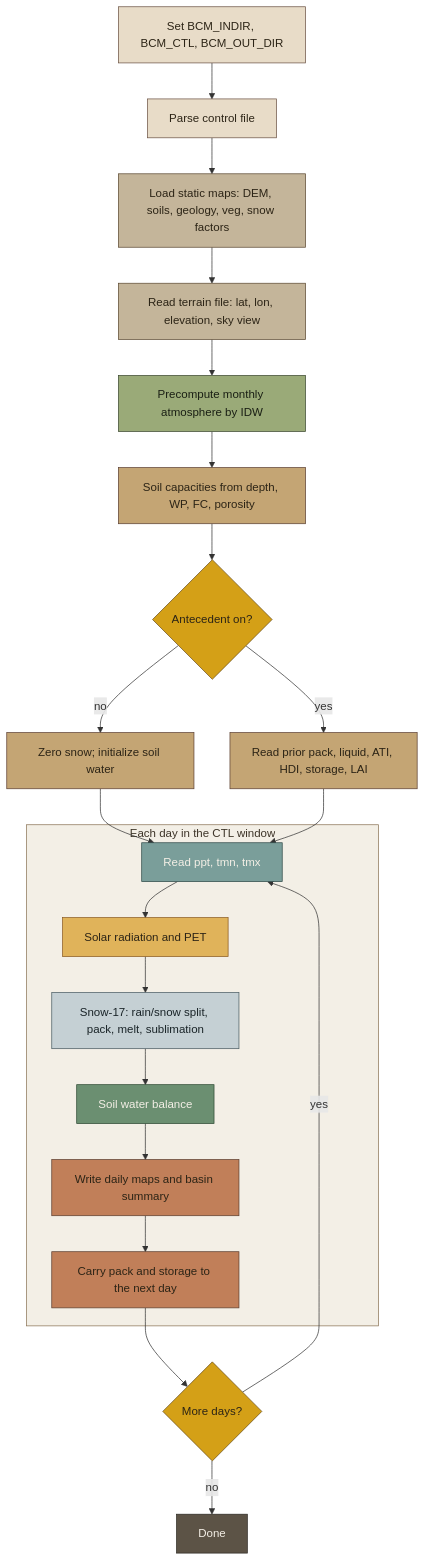
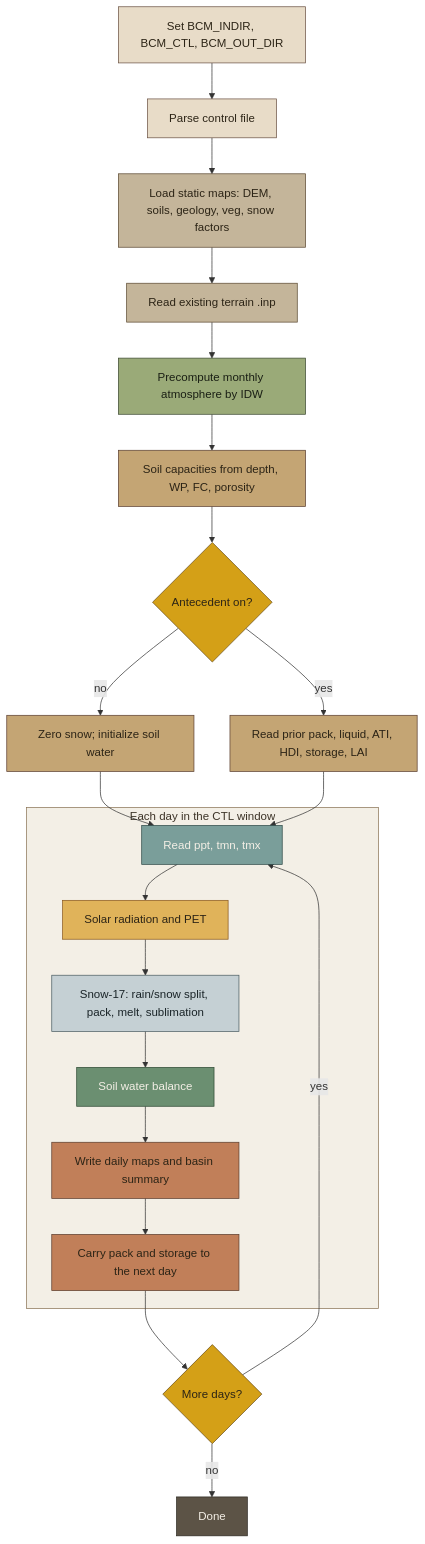
One commit to ajoros/bcm-py-daily changed the diagram in README.md. Above: the diagram before and after it, drawn with Mermaid. The commit also changed other lines of this file, not shown here.

Commit message:
Clarify that the terrain .inp is an input, not built by this port.

````diff
--- a/README.md
+++ b/README.md
@@ -73,50 +73,50 @@
 ```mermaid
 flowchart TD
   start[Set BCM_INDIR, BCM_CTL, BCM_OUT_DIR] --> ctl[Parse control file]
   ctl --> static[Load static maps: DEM, soils, geology, veg, snow factors]
-  static --> terr[Read terrain file: lat, lon, elevation, sky view]
+  static --> terr[Read existing terrain .inp]
   terr --> idw[Precompute monthly atmosphere by IDW]
   idw --> soil[Soil capacities from depth, WP, FC, porosity]
   soil --> prior{Antecedent on?}
   prior -->|no| init[Zero snow; initialize soil water]
   prior -->|yes| load[Read prior pack, liquid, ATI, HDI, storage, LAI]
   init --> loop
   load --> loop
 
   subgraph daily [Each day in the CTL window]
     loop[Read ppt, tmn, tmx] --> pet[Solar radiation and PET]
     pet --> snow[Snow-17: rain/snow split, pack, melt, sublimation]
     snow --> wb[Soil water balance]
     wb --> out[Write daily maps and basin summary]
     out --> carry[Carry pack and storage to the next day]
   end
 
   carry --> more{More days?}
   more -->|yes| loop
   more -->|no| done[Done]
 
   classDef sand fill:#e8dcc8,stroke:#6b5344,color:#2c2416
   classDef rock fill:#c4b59a,stroke:#5c4a32,color:#2c2416
   classDef soil fill:#c4a574,stroke:#5c4033,color:#2c2416
   classDef sage fill:#9aaa78,stroke:#3d4a32,color:#1a1f14
   classDef ochre fill:#d4a017,stroke:#6b4f1d,color:#2c2416
   classDef rain fill:#7a9e9a,stroke:#2f4a48,color:#f4efe6
   classDef sun fill:#e0b35a,stroke:#8a5a20,color:#2c2416
   classDef snowc fill:#c5d0d4,stroke:#4a5c62,color:#1a2428
   classDef moss fill:#6b8f71,stroke:#2f4a34,color:#f4efe6
   classDef clay fill:#c17f59,stroke:#5c3d2e,color:#2c2416
   classDef bark fill:#5c5346,stroke:#2c2822,color:#f4efe6
 
   class start,ctl sand
   class static,terr rock
   class idw sage
   class soil,init,load soil
   class prior,more ochre
   class loop rain
   class pet sun
   class snow snowc
   class wb moss
   class out,carry clay
   class done bark
   style daily fill:#f3efe6,stroke:#8a7355,color:#3d3428
 ```
````
